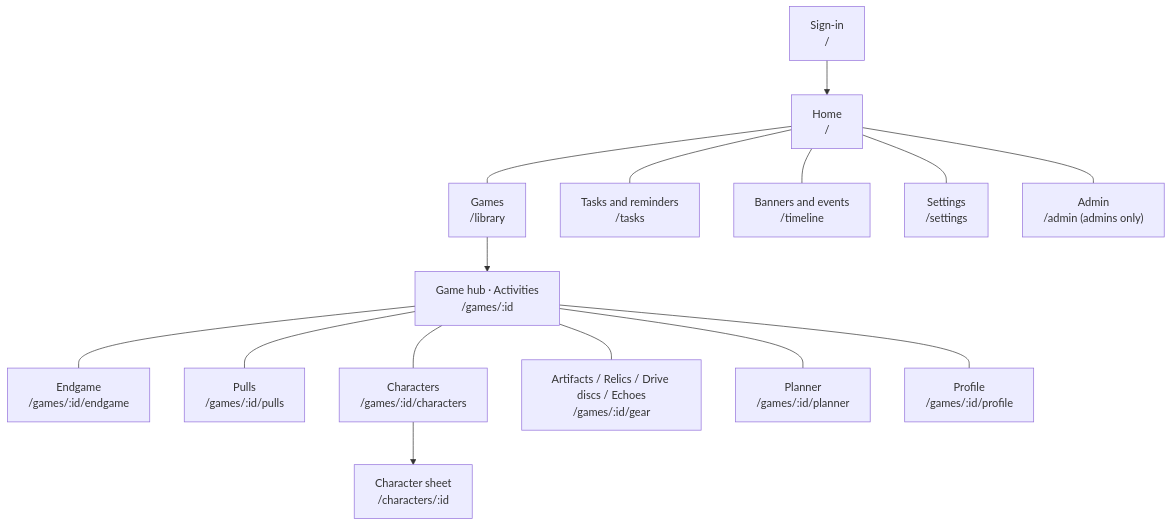
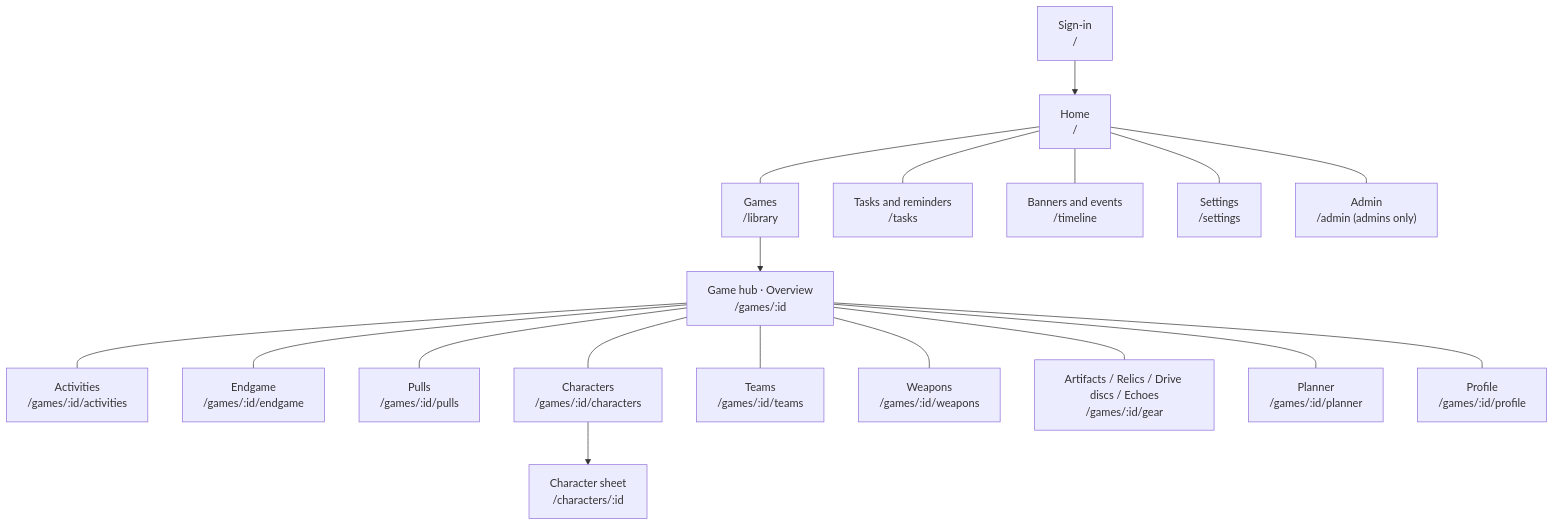
The sixth of 6 diagrams in docs/PROJECT-GUIDE.md (adam-riffi/gacha-hub), drawn with Mermaid before and after one commit. The commit also changed other lines of this file and 5 other files, not shown here.

First line of the commit message:
docs(guide): the Overview and Weapons screens, and the work state left to HANDOFF.md (#243)

````diff
--- a/docs/PROJECT-GUIDE.md
+++ b/docs/PROJECT-GUIDE.md
@@ -250,17 +250,20 @@
 ```mermaid
 flowchart TB
   L["Sign-in<br/>/"] --> H["Home<br/>/"]
   H --- G["Games<br/>/library"]
   H --- T["Tasks and reminders<br/>/tasks"]
   H --- C["Banners and events<br/>/timeline"]
   H --- S["Settings<br/>/settings"]
   H --- AD["Admin<br/>/admin (admins only)"]
-  G --> A["Game hub · Activities<br/>/games/:id"]
+  G --> A["Game hub · Overview<br/>/games/:id"]
+  A --- AC["Activities<br/>/games/:id/activities"]
   A --- EG["Endgame<br/>/games/:id/endgame"]
   A --- PU["Pulls<br/>/games/:id/pulls"]
   A --- CH["Characters<br/>/games/:id/characters"]
+  A --- TE["Teams<br/>/games/:id/teams"]
+  A --- WE["Weapons<br/>/games/:id/weapons"]
   A --- GR["Artifacts / Relics / Drive discs / Echoes<br/>/games/:id/gear"]
   A --- PL["Planner<br/>/games/:id/planner"]
   A --- PR["Profile<br/>/games/:id/profile"]
   CH --> SH["Character sheet<br/>/characters/:id"]
 ```
````
